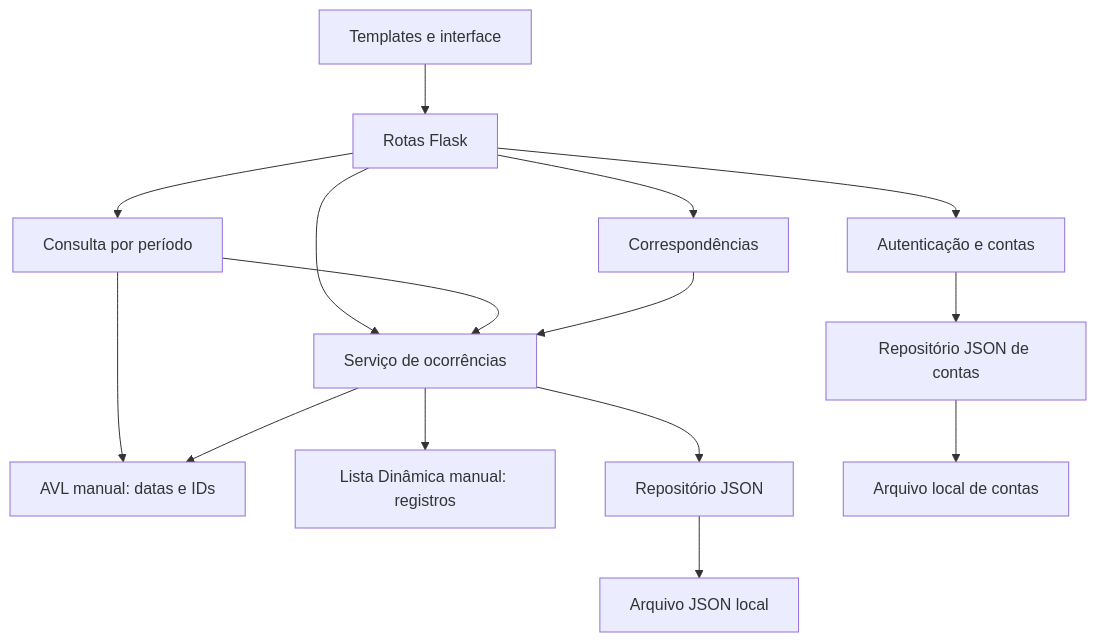
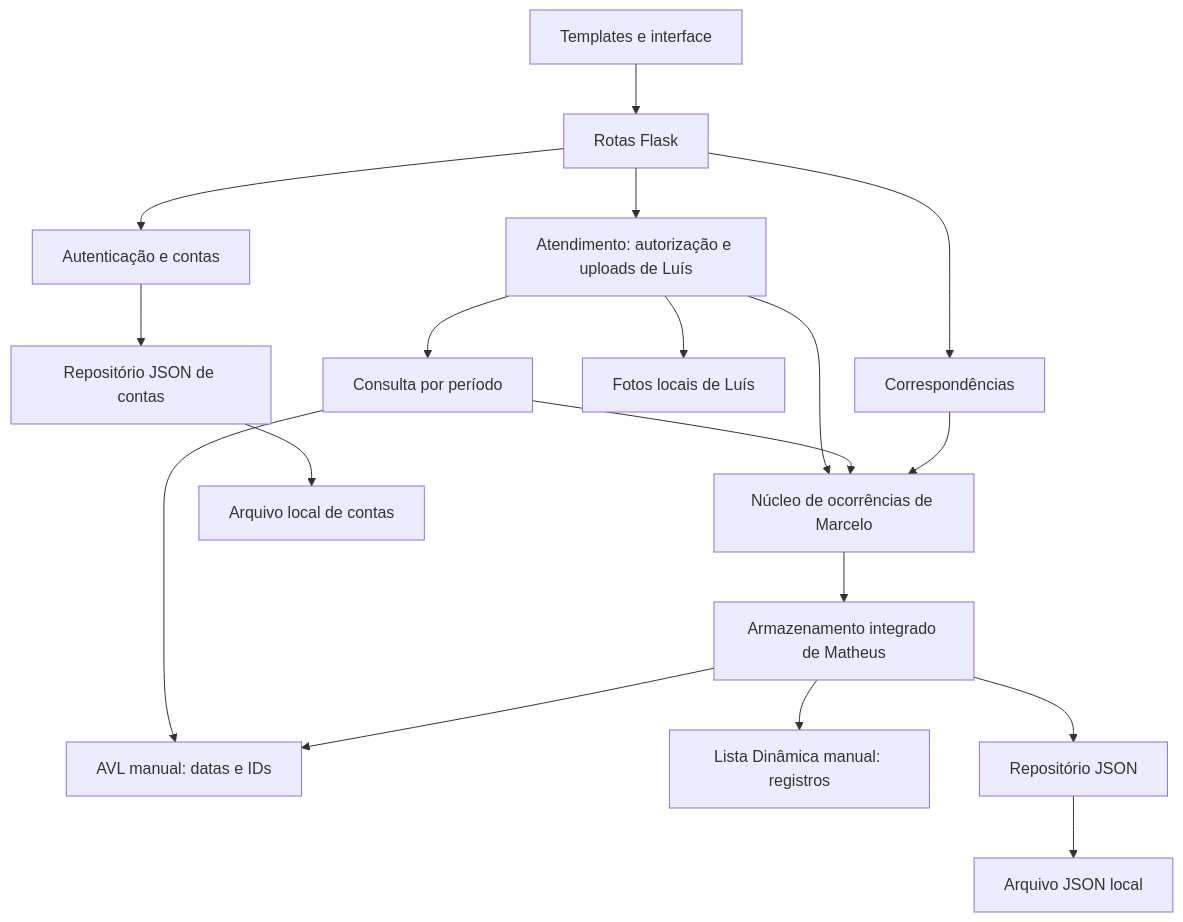
The diagram in docs/arquitetura.md (luis-sandri/PUCEncontrou), drawn with Mermaid before and after one commit. The commit also changed other lines of this file and 30 other files, not shown here.

First line of the commit message:
feat: Implementação do módulo de ocorrências com cadastro e consulta

````diff
--- a/docs/arquitetura.md
+++ b/docs/arquitetura.md
@@ -32,17 +46,20 @@
 ```mermaid
 flowchart TD
     UI[Templates e interface] --> HTTP[Rotas Flask]
-    HTTP --> SO[Serviço de ocorrências]
-    HTTP --> SC[Consulta por período]
+    HTTP --> SO[Atendimento: autorização e uploads de Luís]
+    SO --> NC[Núcleo de ocorrências de Marcelo]
+    NC --> AR[Armazenamento integrado de Matheus]
+    SO --> SC[Consulta por período]
     HTTP --> SM[Correspondências]
     HTTP --> SA[Autenticação e contas]
+    SO --> RF[Fotos locais de Luís]
     SC --> AV[AVL manual: datas e IDs]
-    SC --> SO
-    SM --> SO
-    SO --> LD[Lista Dinâmica manual: registros]
-    SO --> JR[Repositório JSON]
+    SC --> NC
+    SM --> NC
+    AR --> LD[Lista Dinâmica manual: registros]
+    AR --> JR[Repositório JSON]
     JR --> JF[Arquivo JSON local]
-    SO --> AV
+    AR --> AV
     SA --> SR[Repositório JSON de contas]
     SR --> DB[Arquivo local de contas]
 ```
````
